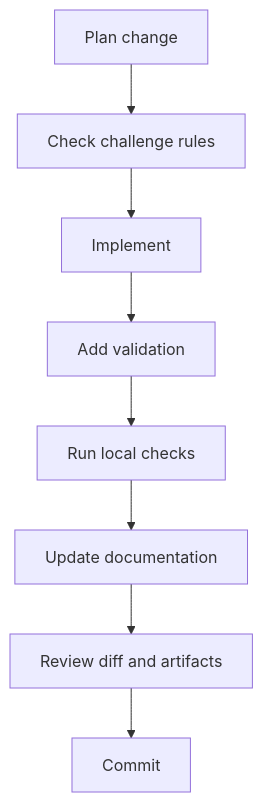
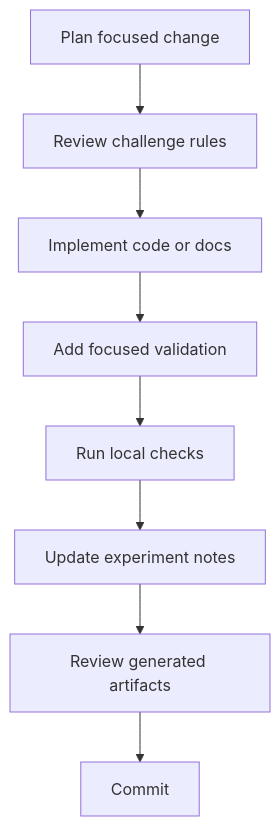
One commit to Brajesh31/AmazonML-Hackathon changed the diagram in docs/development.md. Above: the diagram before and after it, drawn with Mermaid. The commit also changed other lines of this file, not shown here.

````diff
--- a/docs/development.md
+++ b/docs/development.md
@@ -5,9 +13,10 @@
 ```mermaid
 flowchart TD
-    A[Plan change] --> B[Check challenge rules]
-    B --> C[Implement] --> D[Add validation]
+    A[Plan focused change] --> B[Review challenge rules]
+    B --> C[Implement code or docs]
+    C --> D[Add focused validation]
     D --> E[Run local checks]
-    E --> F[Update documentation]
-    F --> G[Review diff and artifacts]
+    E --> F[Update experiment notes]
+    F --> G[Review generated artifacts]
     G --> H[Commit]
 ```
````
